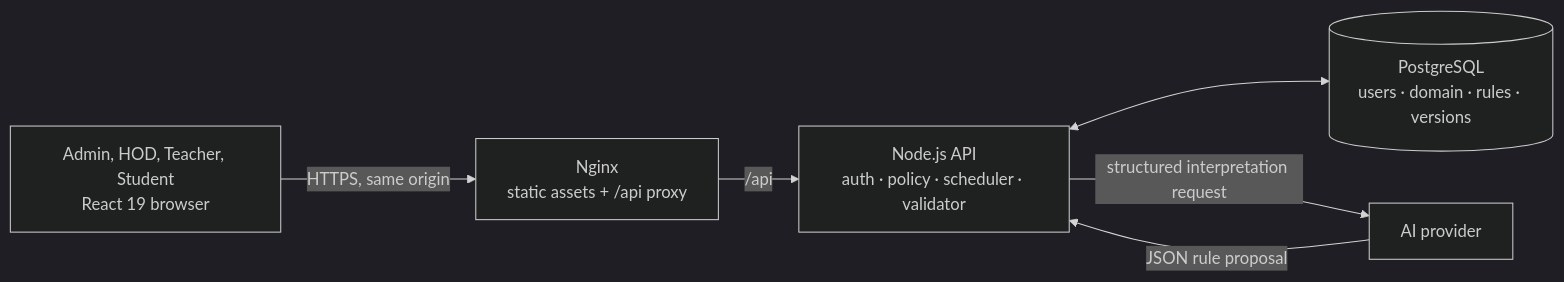
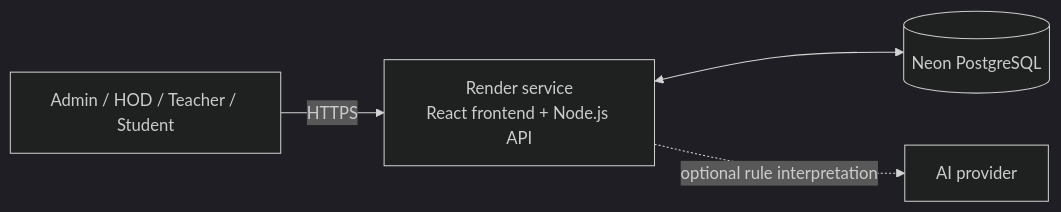
The diagram in README.md (sinjaa18/Schedulify), drawn with Mermaid (dark theme) before and after one commit. The commit also changed other lines of this file and 4 other files, not shown here.

````diff
--- a/README.md
+++ b/README.md
@@ -199,8 +68,6 @@
 ```mermaid
 flowchart LR
-  U[Admin, HOD, Teacher, Student<br/>React 19 browser] -->|HTTPS, same origin| N[Nginx<br/>static assets + /api proxy]
-  N -->|/api| A[Node.js API<br/>auth · policy · scheduler · validator]
-  A <--> D[(PostgreSQL<br/>users · domain · rules · versions)]
-  A -->|structured interpretation request| L[AI provider]
-  L -->|JSON rule proposal| A
+  U[Admin / HOD / Teacher / Student] -->|HTTPS| R[Render service\nReact frontend + Node.js API]
+  R <--> N[(Neon PostgreSQL)]
+  R -. optional rule interpretation .-> A[AI provider]
 ```
````
